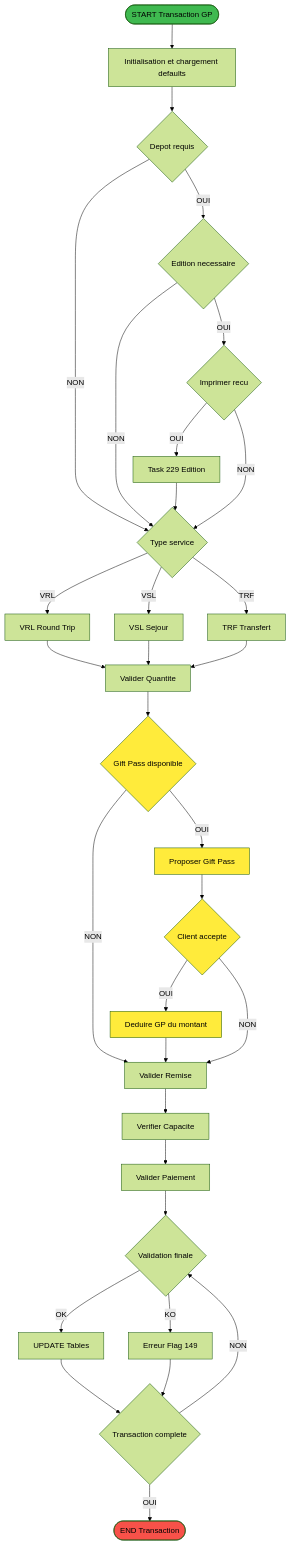
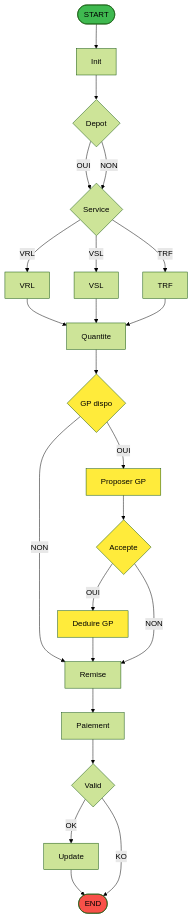
Before and after one commit to thonyAGP/lecteur-magic: the first of 2 diagrams in .openspec/specs/ADH-IDE-237.md, drawn with Mermaid (forest theme). The commit also changed other lines of this file and 1 other file, not shown here.

Commit message:
fix(specs): ultra-simplify Mermaid syntax for rendering
- Remove all special chars from node labels (no dashes, no subgraphs)
- Simplify node names: [236 Print ticket] instead of [IDE 236 Print ticket vente]
- Algorigrammes reduced to essential nodes only
- Cartography without subgraphs (causes rendering issues)

````diff
--- a/.openspec/specs/ADH-IDE-237.md
+++ b/.openspec/specs/ADH-IDE-237.md
@@ -106,54 +106,42 @@
 ```mermaid
 flowchart TD
-    START([START Transaction GP])
-    INIT[Initialisation et chargement defaults]
-    DEPOSIT{Depot requis}
-    EDIT{Edition necessaire}
-    PRINT{Imprimer recu}
-    T229[Task 229 Edition]
-    GTYPE{Type service}
-    VRL[VRL Round Trip]
-    VSL[VSL Sejour]
-    TRF[TRF Transfert]
-    QTY[Valider Quantite]
-    GPCHECK{Gift Pass disponible}
-    GPMSG[Proposer Gift Pass]
-    GPACCEPT{Client accepte}
-    GPDEDUCT[Deduire GP du montant]
-    DISCOUNT[Valider Remise]
-    CAPACITY[Verifier Capacite]
-    PAYMENT[Valider Paiement]
-    FINAL{Validation finale}
-    UPDATE[UPDATE Tables]
-    ERROR[Erreur Flag 149]
-    COMPLETE{Transaction complete}
-    ENDOK([END Transaction])
+    START([START])
+    INIT[Init]
+    DEPOSIT{Depot}
+    GTYPE{Service}
+    VRL[VRL]
+    VSL[VSL]
+    TRF[TRF]
+    QTY[Quantite]
+    GPCHECK{GP dispo}
+    GPMSG[Proposer GP]
+    GPACCEPT{Accepte}
+    GPDEDUCT[Deduire GP]
+    DISCOUNT[Remise]
+    PAYMENT[Paiement]
+    FINAL{Valid}
+    UPDATE[Update]
+    ENDOK([END])
 
     START --> INIT --> DEPOSIT
-    DEPOSIT -->|OUI| EDIT
+    DEPOSIT -->|OUI| GTYPE
     DEPOSIT -->|NON| GTYPE
-    EDIT -->|OUI| PRINT
-    EDIT -->|NON| GTYPE
-    PRINT -->|OUI| T229 --> GTYPE
-    PRINT -->|NON| GTYPE
     GTYPE -->|VRL| VRL --> QTY
     GTYPE -->|VSL| VSL --> QTY
     GTYPE -->|TRF| TRF --> QTY
     QTY --> GPCHECK
     GPCHECK -->|OUI| GPMSG --> GPACCEPT
     GPCHECK -->|NON| DISCOUNT
     GPACCEPT -->|OUI| GPDEDUCT --> DISCOUNT
     GPACCEPT -->|NON| DISCOUNT
-    DISCOUNT --> CAPACITY --> PAYMENT --> FINAL
-    FINAL -->|OK| UPDATE --> COMPLETE
-    FINAL -->|KO| ERROR --> COMPLETE
-    COMPLETE -->|OUI| ENDOK
-    COMPLETE -->|NON| FINAL
+    DISCOUNT --> PAYMENT --> FINAL
+    FINAL -->|OK| UPDATE --> ENDOK
+    FINAL -->|KO| ENDOK
 
     style START fill:#3fb950
     style ENDOK fill:#f85149
     style GPCHECK fill:#ffeb3b,color:#000
     style GPMSG fill:#ffeb3b,color:#000
     style GPDEDUCT fill:#ffeb3b,color:#000
     style GPACCEPT fill:#ffeb3b,color:#000
 ```
````
